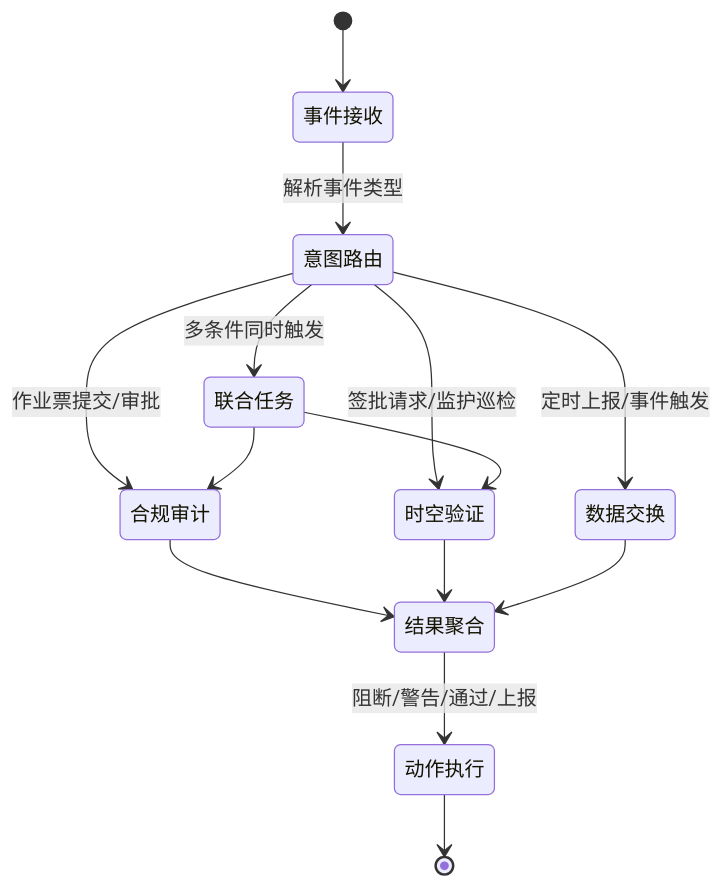
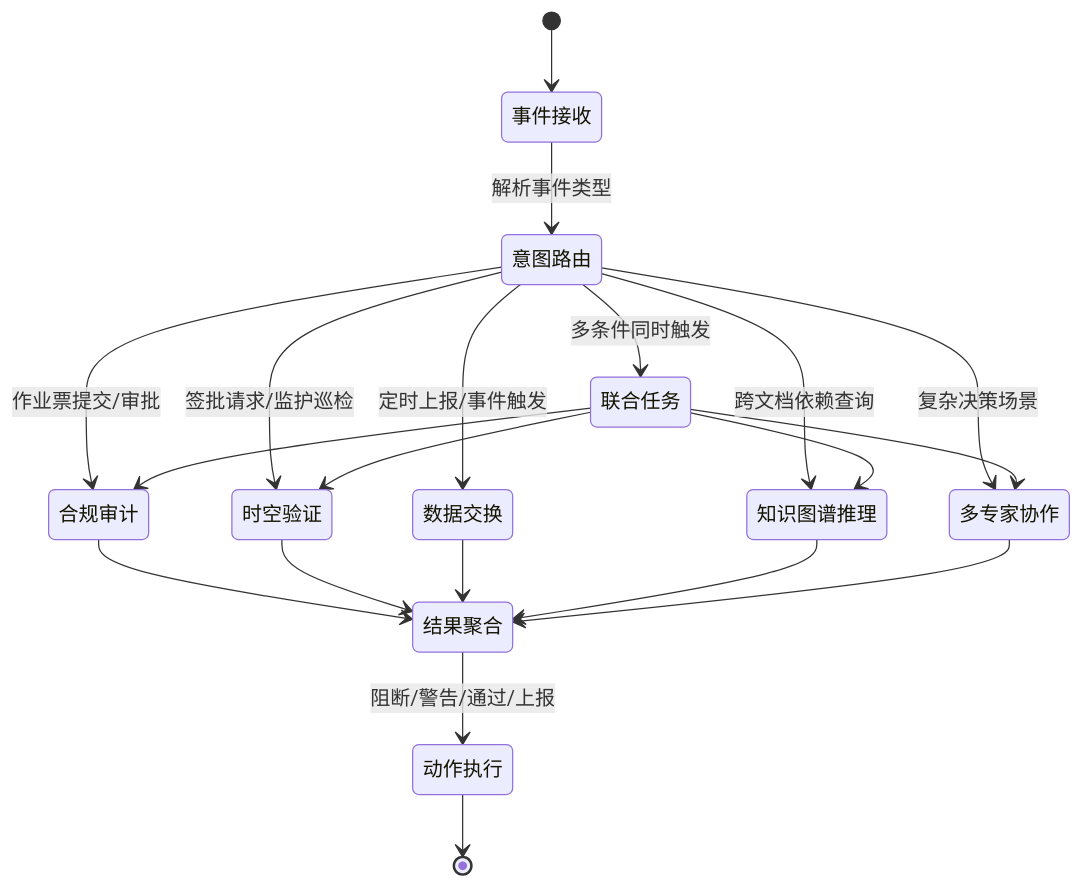
Before and after one commit to laiyinyizao007/safeworkpermitPRD: the second of 6 diagrams in docs/architecture/ai-agent-engine.md, drawn with Mermaid. The commit also changed other lines of this file and 21 other files, not shown here.

First line of the commit message:
docs: complete roadmap v2.0 with 8-layer architecture

````diff
--- a/docs/architecture/ai-agent-engine.md
+++ b/docs/architecture/ai-agent-engine.md
@@ -129,20 +143,26 @@
 ```mermaid
 stateDiagram-v2
     [*] --> 事件接收
 
     事件接收 --> 意图路由: 解析事件类型
 
     意图路由 --> 合规审计: 作业票提交/审批
     意图路由 --> 时空验证: 签批请求/监护巡检
     意图路由 --> 数据交换: 定时上报/事件触发
+    意图路由 --> 知识图谱推理: 跨文档依赖查询
+    意图路由 --> 多专家协作: 复杂决策场景
     意图路由 --> 联合任务: 多条件同时触发
 
     合规审计 --> 结果聚合
     时空验证 --> 结果聚合
     数据交换 --> 结果聚合
+    知识图谱推理 --> 结果聚合
+    多专家协作 --> 结果聚合
     联合任务 --> 合规审计
     联合任务 --> 时空验证
+    联合任务 --> 知识图谱推理
+    联合任务 --> 多专家协作
 
     结果聚合 --> 动作执行: 阻断/警告/通过/上报
     动作执行 --> [*]
 ```
````
